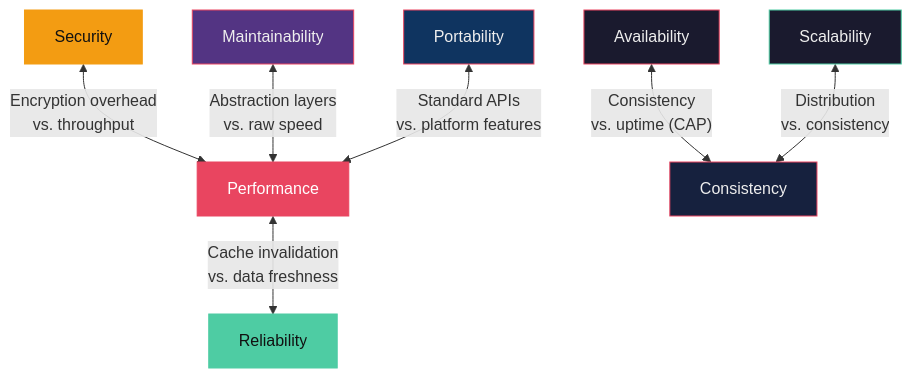
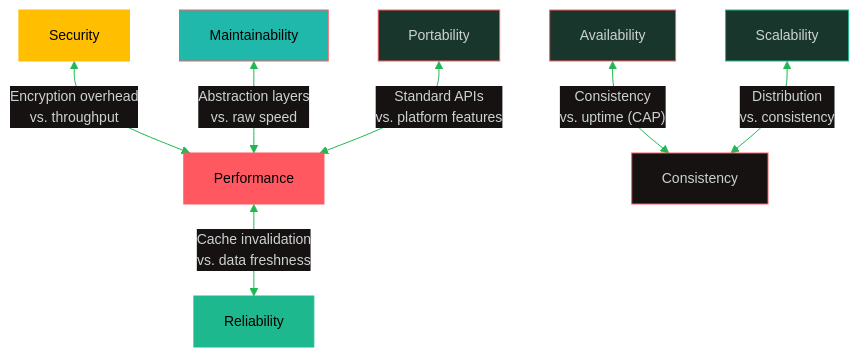
Before and after one commit to oat431/swe-knowledge: the seventh of 9 diagrams in computing-foundation-note/Fundamental/00 Basic Concepts of a System.md, drawn with Mermaid. The commit also changed other lines of this file and 139 other files, not shown here.

````diff
--- a/computing-foundation-note/Fundamental/00 Basic Concepts of a System.md
+++ b/computing-foundation-note/Fundamental/00 Basic Concepts of a System.md
@@ -598,18 +610,19 @@
 ```mermaid
+%%{init: {'theme':'base','themeVariables':{'primaryColor':'#19362D','primaryTextColor':'#CDD3D1','primaryBorderColor':'#1FB854','lineColor':'#1FB854','secondaryColor':'#161212','tertiaryColor':'#1B1717','background':'#1B1717','mainBkg':'#19362D','nodeBorder':'#1FB854','clusterBkg':'#161212','clusterBorder':'#19362D','titleColor':'#1FB854','edgeLabelBackground':'#161212','fontSize':'14px'}}}%%
 flowchart TB
     PERF["Performance"] <-->|"Cache invalidation\nvs. data freshness"| REL["Reliability"]
     SEC["Security"] <-->|"Encryption overhead\nvs. throughput"| PERF
     AVAIL["Availability"] <-->|"Consistency\nvs. uptime (CAP)"| CONSISTENCY["Consistency"]
     MAINT["Maintainability"] <-->|"Abstraction layers\nvs. raw speed"| PERF
     PORT["Portability"] <-->|"Standard APIs\nvs. platform features"| PERF
     SCALE["Scalability"] <-->|"Distribution\nvs. consistency"| CONSISTENCY
     
-    style PERF fill:#e94560,stroke:#e94560,color:#fff
-    style REL fill:#4ecca3,stroke:#4ecca3,color:#111
-    style SEC fill:#f39c12,stroke:#f39c12,color:#111
-    style AVAIL fill:#1a1a2e,stroke:#e94560,color:#eee
-    style CONSISTENCY fill:#16213e,stroke:#e94560,color:#eee
-    style MAINT fill:#533483,stroke:#e94560,color:#eee
-    style PORT fill:#0f3460,stroke:#e94560,color:#eee
-    style SCALE fill:#1a1a2e,stroke:#4ecca3,color:#eee
+    style PERF fill:#FF5861,stroke:#FF5861,color:#000000
+    style REL fill:#1EB88E,stroke:#1EB88E,color:#000000
+    style SEC fill:#FFBE00,stroke:#FFBE00,color:#000000
+    style AVAIL fill:#19362D,stroke:#FF5861,color:#CDD3D1
+    style CONSISTENCY fill:#161212,stroke:#FF5861,color:#CDD3D1
+    style MAINT fill:#1FB8AB,stroke:#FF5861,color:#000000
+    style PORT fill:#19362D,stroke:#FF5861,color:#CDD3D1
+    style SCALE fill:#19362D,stroke:#1EB88E,color:#CDD3D1
 ```
````
